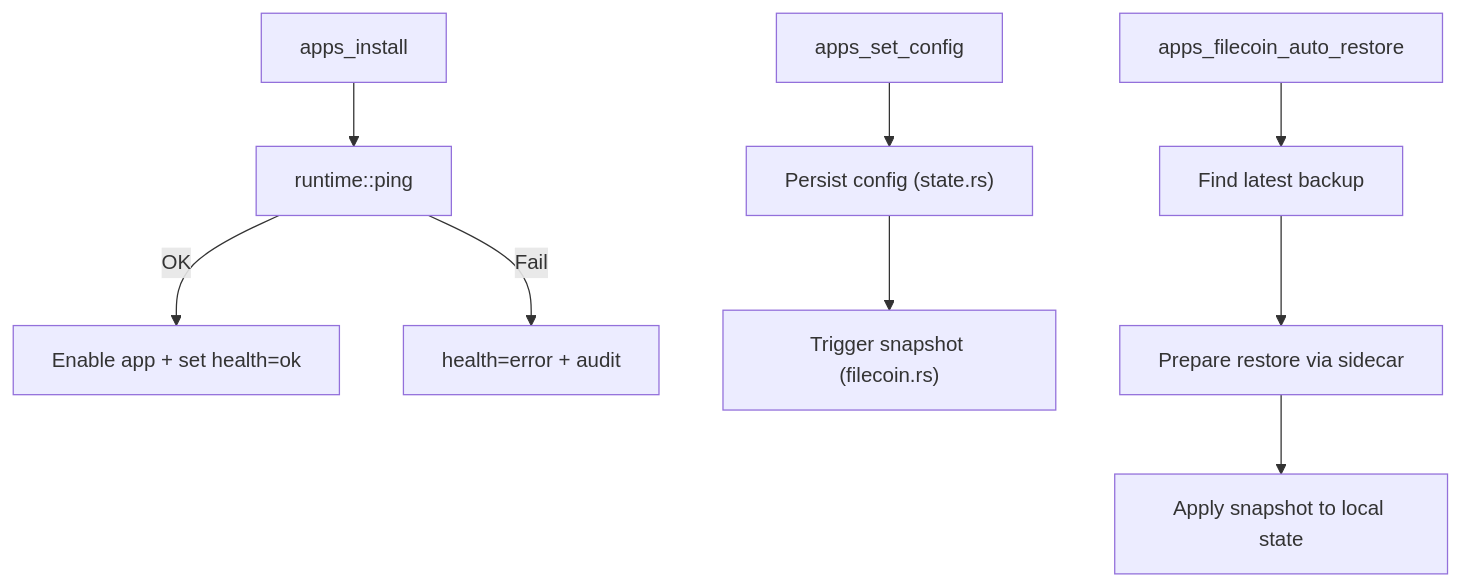
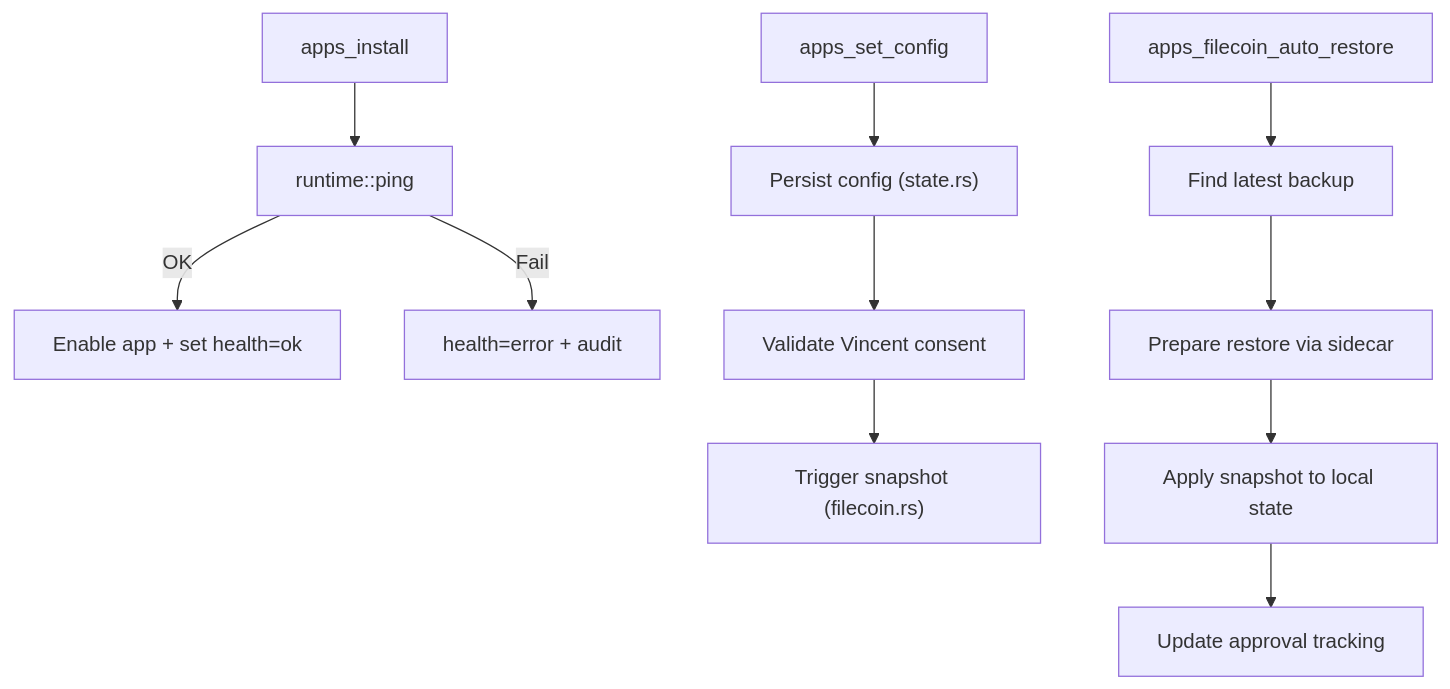
One commit to sanketnighot/shadow-protocol changed the ninth of 10 diagrams in .qoder/repowiki/en/content/Applications & Extensions/Runtime Providers.md. Above: the diagram before and after it, drawn with Mermaid. The commit also changed other lines of this file and 9 other files, not shown here.

First line of the commit message:
feat: Enhance SHADOW Protocol with new Flow and AI services integration

````diff
--- a/.qoder/repowiki/en/content/Applications & Extensions/Runtime Providers.md
+++ b/.qoder/repowiki/en/content/Applications & Extensions/Runtime Providers.md
@@ -281,11 +420,13 @@
 ```mermaid
 flowchart TD
 Install["apps_install"] --> Health["runtime::ping"]
 Health --> |OK| Enable["Enable app + set health=ok"]
 Health --> |Fail| MarkErr["health=error + audit"]
 Config["apps_set_config"] --> Persist["Persist config (state.rs)"]
-Persist --> MaybeSnap["Trigger snapshot (filecoin.rs)"]
+Persist --> Consent["Validate Vincent consent"]
+Consent --> MaybeSnap["Trigger snapshot (filecoin.rs)"]
 Restore["apps_filecoin_auto_restore"] --> Latest["Find latest backup"]
 Latest --> Fetch["Prepare restore via sidecar"]
 Fetch --> Apply["Apply snapshot to local state"]
+Apply --> Update["Update approval tracking"]
 ```
````
